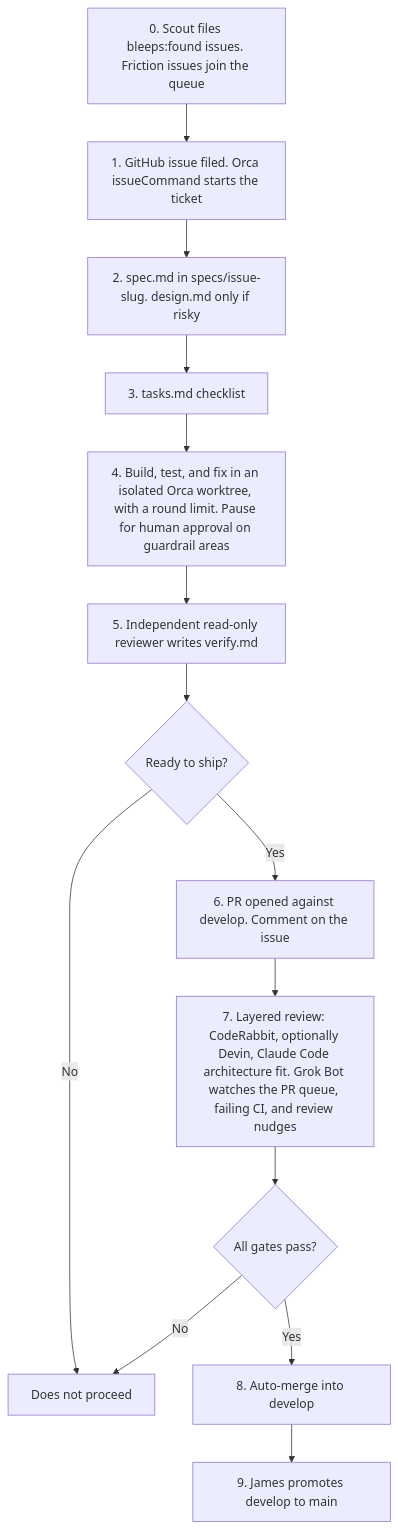
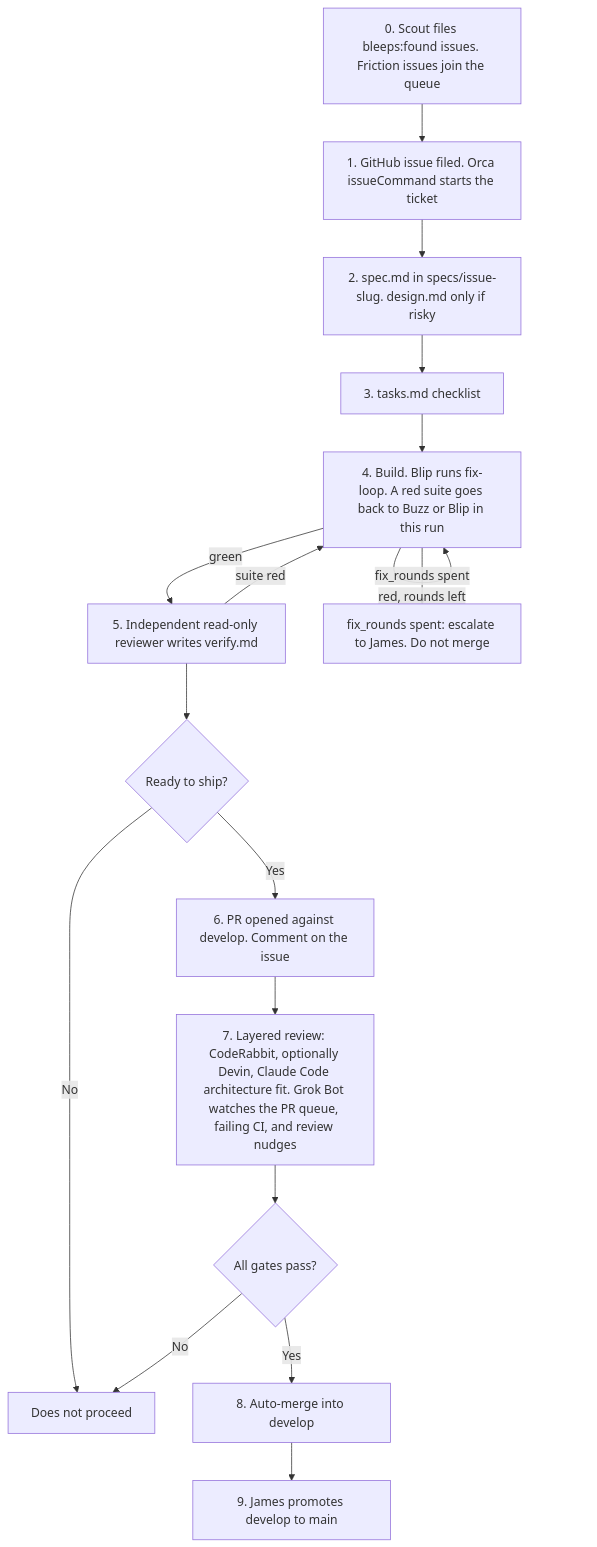
One commit to eljamez/bleeps-and-bloops changed the diagram in docs/flow.md. Above: the diagram before and after it, drawn with Mermaid. The commit also changed other lines of this file and 32 other files, not shown here.

First line of the commit message:
Send a red suite back into the same run until it is green.

````diff
--- a/docs/flow.md
+++ b/docs/flow.md
@@ -24,22 +24,27 @@
 ```mermaid
 flowchart TD
   s0["0. Scout files bleeps:found issues. Friction issues join the queue"]
   s1["1. GitHub issue filed. Orca issueCommand starts the ticket"]
   s2["2. spec.md in specs/issue-slug. design.md only if risky"]
   s3["3. tasks.md checklist"]
-  s4["4. Build, test, and fix in an isolated Orca worktree, with a round limit. Pause for human approval on guardrail areas"]
+  s4["4. Build. Blip runs fix-loop. A red suite goes back to Buzz or Blip in this run"]
   s5["5. Independent read-only reviewer writes verify.md"]
   ready{"Ready to ship?"}
   hold["Does not proceed"]
+  limit["fix_rounds spent: escalate to James. Do not merge"]
   s6["6. PR opened against develop. Comment on the issue"]
   s7["7. Layered review: CodeRabbit, optionally Devin, Claude Code architecture fit. Grok Bot watches the PR queue, failing CI, and review nudges"]
   gates{"All gates pass?"}
   s8["8. Auto-merge into develop"]
   s9["9. James promotes develop to main"]
 
-  s0 --> s1 --> s2 --> s3 --> s4 --> s5 --> ready
+  s0 --> s1 --> s2 --> s3 --> s4
+  s4 -->|green| s5 --> ready
+  s4 -->|red, rounds left| s4
+  s4 -->|fix_rounds spent| limit
+  s5 -->|suite red| s4
   ready -->|No| hold
   ready -->|Yes| s6 --> s7 --> gates
   gates -->|No| hold
   gates -->|Yes| s8 --> s9
 ```
````
